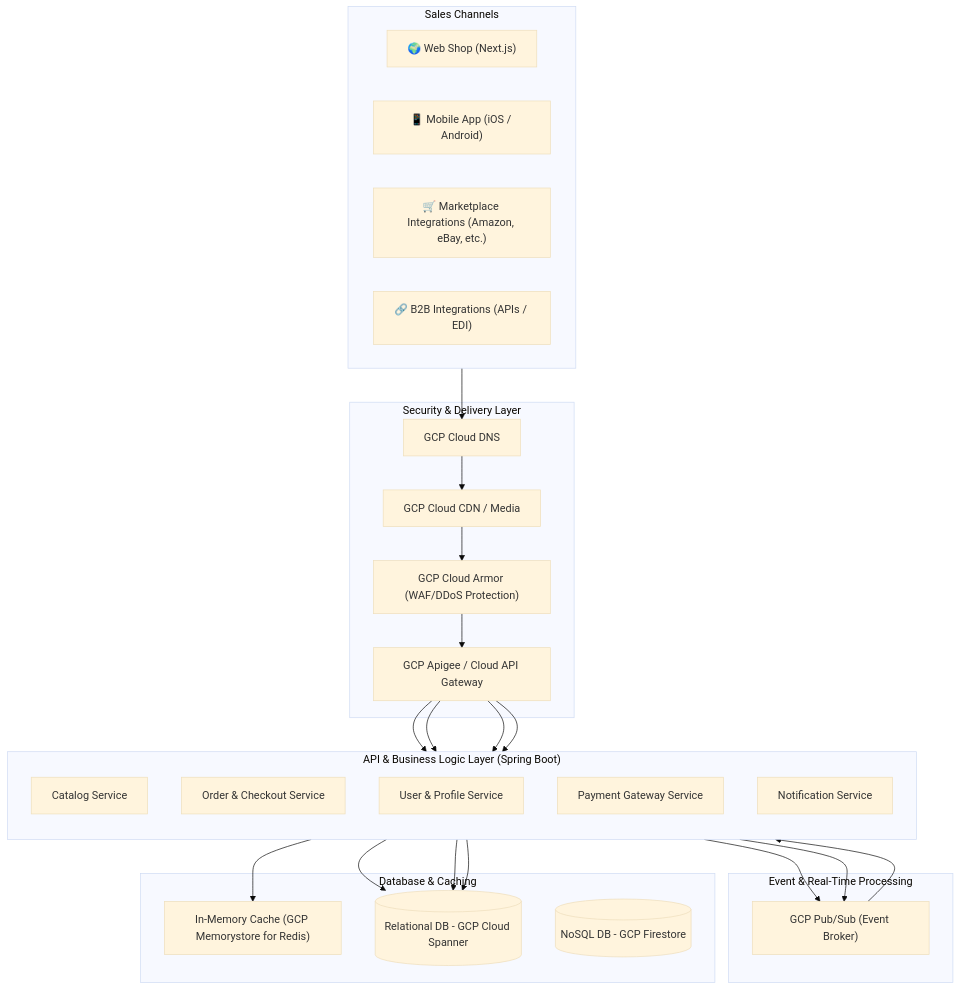
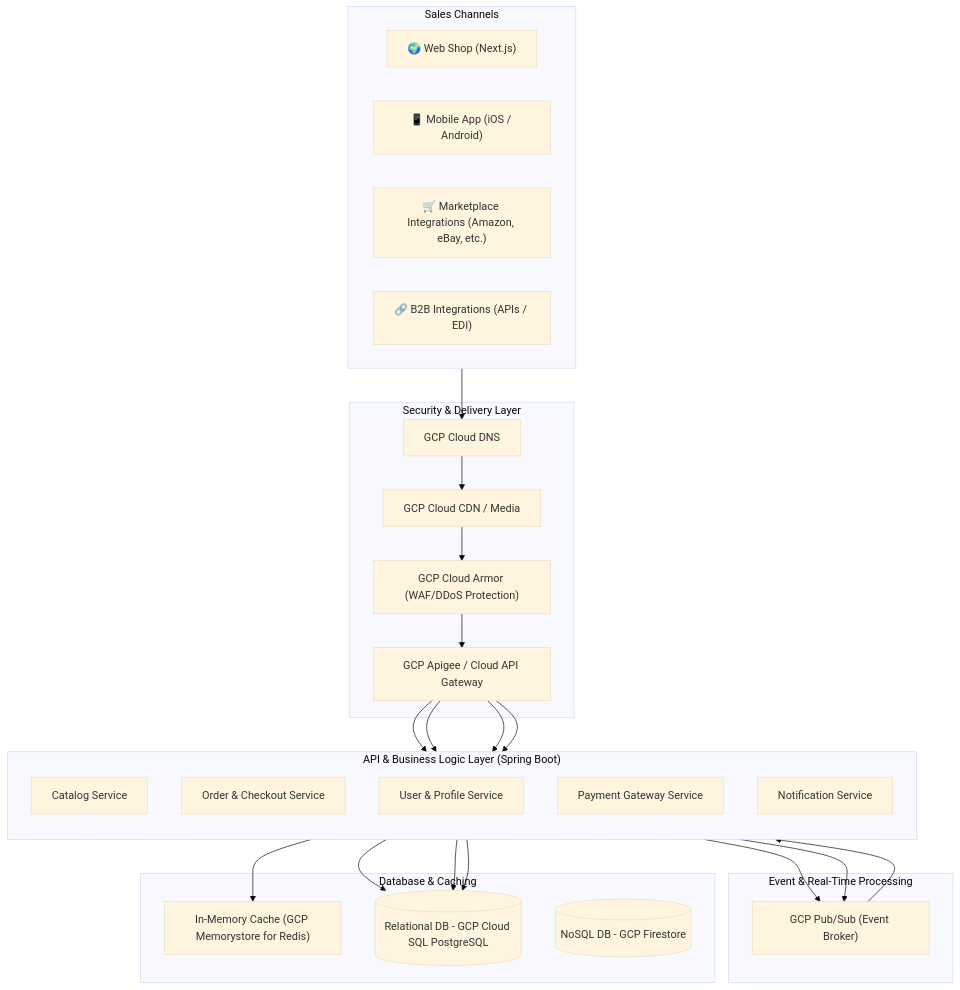
One commit to drapic88/abysalto-webshop changed the first of 2 diagrams in doc/architecture.md. Above: the diagram before and after it, drawn with Mermaid (base theme). The commit also changed other lines of this file and 7 other files, not shown here.

Commit message:
Replace Cloud Spanner with PostgreSQL

````diff
--- a/doc/architecture.md
+++ b/doc/architecture.md
@@ -25,55 +25,55 @@
 ```mermaid
 graph TD
     %% Sales Channels
     subgraph Channels ["Sales Channels"]
         Web["🌍 Web Shop (Next.js)"]
         Mobile["📱 Mobile App (iOS / Android)"]
         Marketplace["🛒 Marketplace Integrations (Amazon, eBay, etc.)"]
         B2B["🔗 B2B Integrations (APIs / EDI)"]
     end
 
     %% Edge & Security
     subgraph Edge ["Security & Delivery Layer"]
         DNS["GCP Cloud DNS"] --> CDN["GCP Cloud CDN / Media"]
         CDN --> Armor["GCP Cloud Armor (WAF/DDoS Protection)"]
         Armor --> APIGateway["GCP Apigee / Cloud API Gateway"]
     end
 
     Channels --> DNS
 
     %% API Layer (Spring Boot)
     subgraph APILayer ["API & Business Logic Layer (Spring Boot)"]
         direction TB
         CatalogSvc["Catalog Service"]
         OrderSvc["Order & Checkout Service"]
         UserSvc["User & Profile Service"]
         PaymentSvc["Payment Gateway Service"]
         NotificationSvc["Notification Service"]
     end
 
     APIGateway --> CatalogSvc
     APIGateway --> OrderSvc
     APIGateway --> UserSvc
     APIGateway --> PaymentSvc
 
     %% Message Broker & Real-Time Processing
     subgraph EventStream ["Event & Real-Time Processing"]
         PubSub["GCP Pub/Sub (Event Broker)"]
     end
 
     CatalogSvc --> PubSub
     OrderSvc --> PubSub
     PubSub --> NotificationSvc
 
     %% Database & Cache Layer
     subgraph StorageLayer ["Database & Caching"]
         Cache["In-Memory Cache (GCP Memorystore for Redis)"]
-        PrimaryDB[(Relational DB - GCP Cloud Spanner)]
+        PrimaryDB[(Relational DB - GCP Cloud SQL PostgreSQL)]
         NoSQLDB[(NoSQL DB - GCP Firestore)]
     end
 
     CatalogSvc --> Cache
     OrderSvc --> PrimaryDB
     UserSvc --> PrimaryDB
     PaymentSvc --> PrimaryDB
 ```
````
